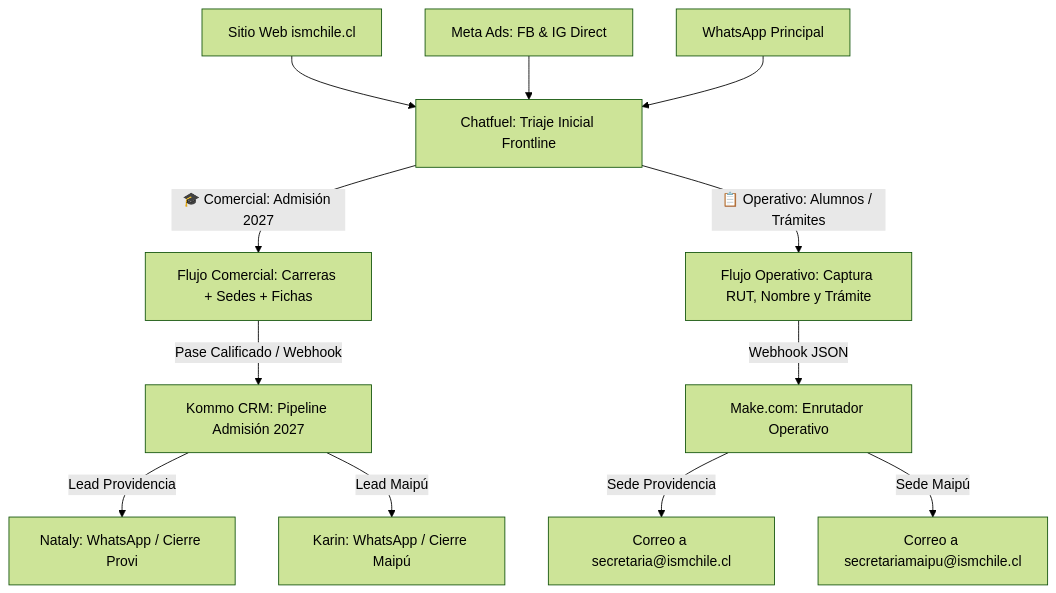
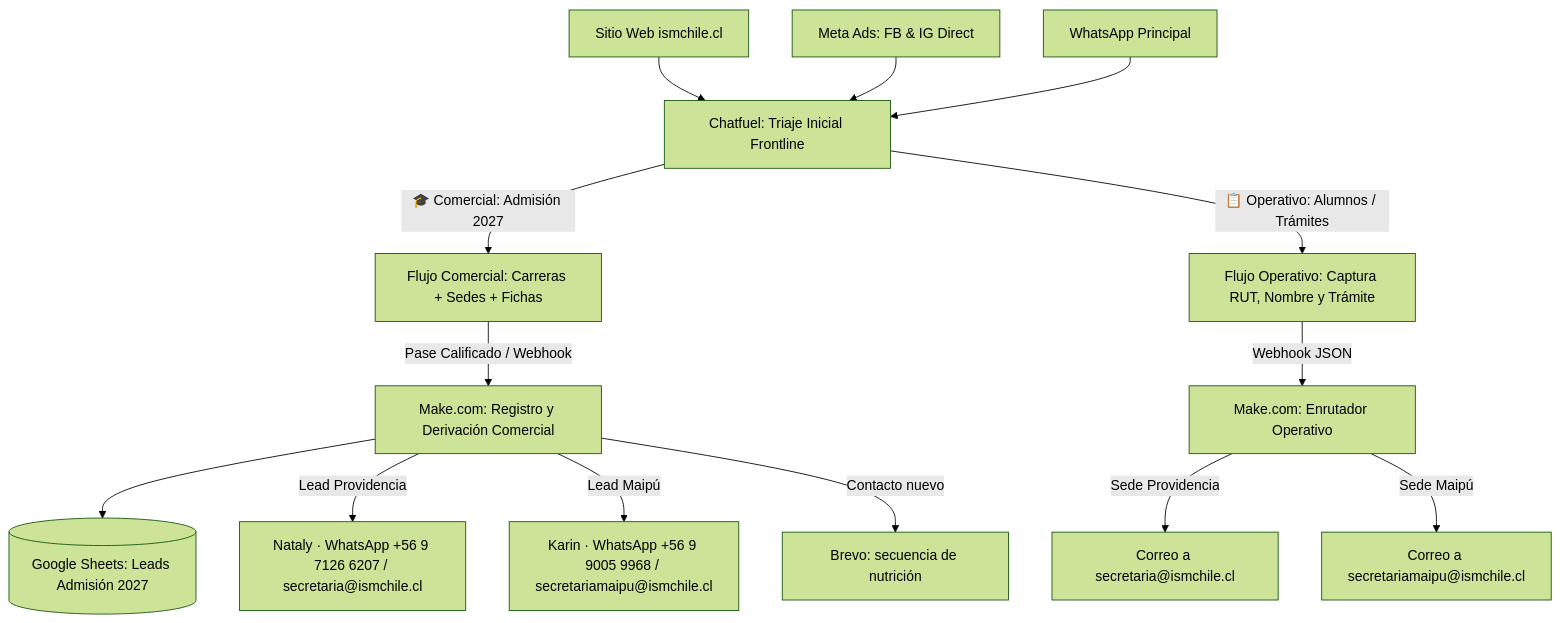
One commit to crdiazu/ISM changed the diagram in docs/integrations_map.md. Above: the diagram before and after it, drawn with Mermaid (forest theme). The commit also changed other lines of this file and 35 other files, not shown here.

Commit message:
docs: arquitectura unificada chatfuel admision 2027, diagramas archify y flujo secretarias

````diff
--- a/docs/integrations_map.md
+++ b/docs/integrations_map.md
@@ -20,21 +23,23 @@
 ```mermaid
 flowchart TD
     %% Fuentes de Tráfico
     W[Sitio Web ismchile.cl] --> CF[Chatfuel: Triaje Inicial Frontline]
     M[Meta Ads: FB & IG Direct] --> CF
     WA[WhatsApp Principal] --> CF
 
     %% Triaje en Chatfuel
     CF -->|🎓 Comercial: Admisión 2027| COM[Flujo Comercial: Carreras + Sedes + Fichas]
     CF -->|📋 Operativo: Alumnos / Trámites| OP[Flujo Operativo: Captura RUT, Nombre y Trámite]
 
     %% Ruta Operativa -> Make -> Sedes
     OP -->|Webhook JSON| MK[Make.com: Enrutador Operativo]
     MK -->|Sede Providencia| E_PROV[Correo a secretaria@ismchile.cl]
     MK -->|Sede Maipú| E_MAIP[Correo a secretariamaipu@ismchile.cl]
 
-    %% Ruta Comercial -> Kommo CRM -> Asesoras
-    COM -->|Pase Calificado / Webhook| KM[Kommo CRM: Pipeline Admisión 2027]
-    KM -->|Lead Providencia| NAT[Nataly: WhatsApp / Cierre Provi]
-    KM -->|Lead Maipú| KAR[Karin: WhatsApp / Cierre Maipú]
+    %% Ruta Comercial -> Make -> Hoja + Avisos + Brevo
+    COM -->|Pase Calificado / Webhook| MK2[Make.com: Registro y Derivación Comercial]
+    MK2 --> SHEET[(Google Sheets: Leads Admisión 2027)]
+    MK2 -->|Lead Providencia| NAT[Nataly · WhatsApp +56 9 7126 6207 / secretaria@ismchile.cl]
+    MK2 -->|Lead Maipú| KAR[Karin · WhatsApp +56 9 9005 9968 / secretariamaipu@ismchile.cl]
+    MK2 -->|Contacto nuevo| BRV[Brevo: secuencia de nutrición]
 ```
````
